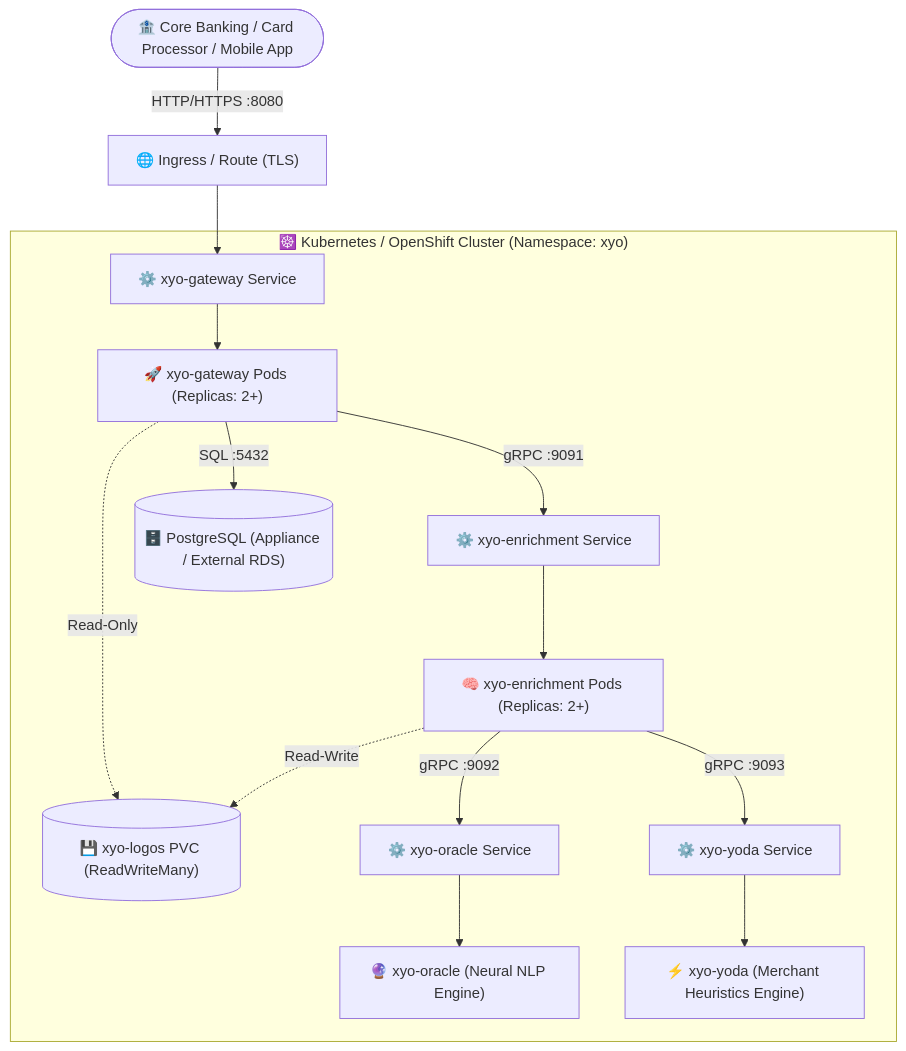
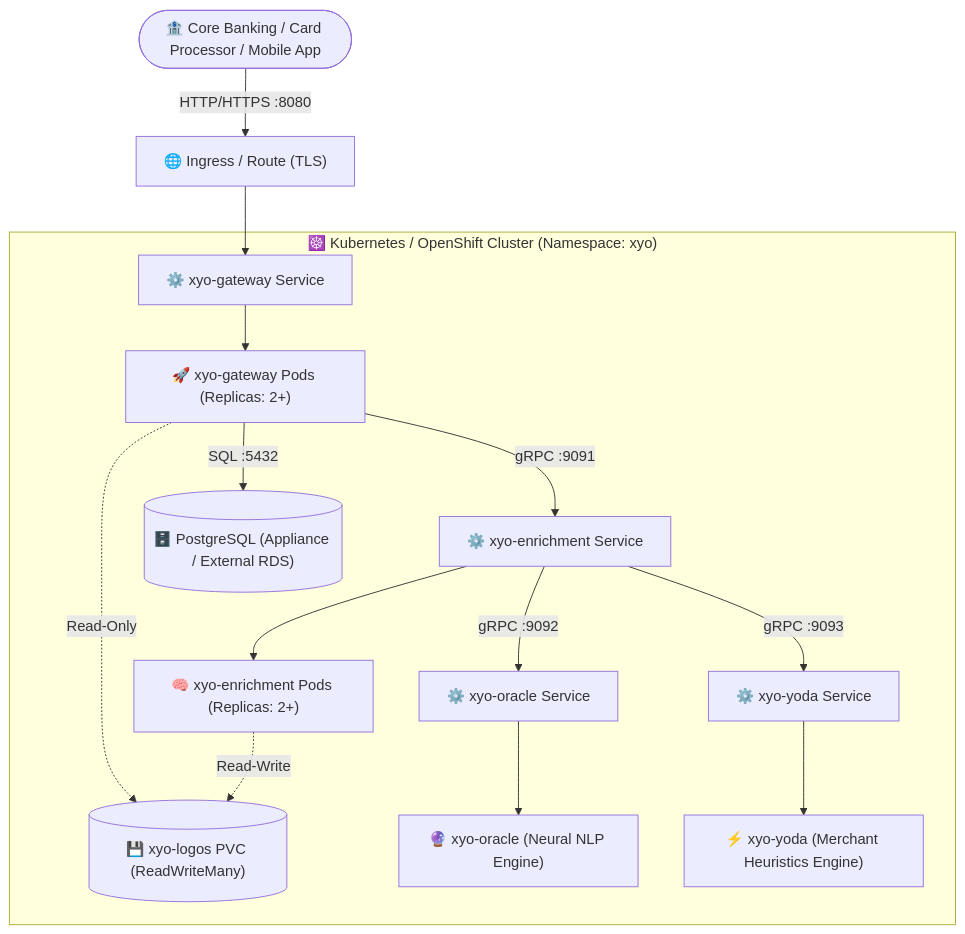
Before and after one commit to xyo-financial/xyo-financial: the diagram in charts/xyo-appliance/README.md, drawn with Mermaid. The commit also changed 3 other files, not shown here.

Commit message:
fix(docs): quote all mermaid link labels across all architecture diagrams (#13)

````diff
--- a/charts/xyo-appliance/README.md
+++ b/charts/xyo-appliance/README.md
@@ -17,22 +17,22 @@
 ```mermaid
 flowchart TD
-    Client(["🏦 Core Banking / Card Processor / Mobile App"]) -->|HTTP/HTTPS :8080| Ingress["🌐 Ingress / Route (TLS)"]
+    Client(["🏦 Core Banking / Card Processor / Mobile App"]) -->|"HTTP/HTTPS :8080"| Ingress["🌐 Ingress / Route (TLS)"]
     Ingress --> SvcGW["⚙️ xyo-gateway Service"]
     
     subgraph K8s ["☸️ Kubernetes / OpenShift Cluster (Namespace: xyo)"]
         SvcGW --> GW["🚀 xyo-gateway Pods (Replicas: 2+)"]
         
-        GW -->|gRPC :9091| SvcEnrich["⚙️ xyo-enrichment Service"]
-        GW -->|SQL :5432| DB[("🗄️ PostgreSQL (Appliance / External RDS)")]
-        GW -.->|Read-Only| PVC[("💾 xyo-logos PVC (ReadWriteMany)")]
+        GW -->|"gRPC :9091"| SvcEnrich["⚙️ xyo-enrichment Service"]
+        GW -->|"SQL :5432"| DB[("🗄️ PostgreSQL (Appliance / External RDS)")]
+        GW -.->|"Read-Only"| PVC[("💾 xyo-logos PVC (ReadWriteMany)")]
         
         SvcEnrich --> Enrich["🧠 xyo-enrichment Pods (Replicas: 2+)"]
-        Enrich -.->|Read-Write| PVC
+        Enrich -.->|"Read-Write"| PVC
         
-        Enrich -->|gRPC :9092| SvcOracle["⚙️ xyo-oracle Service"]
-        Enrich -->|gRPC :9093| SvcYoda["⚙️ xyo-yoda Service"]
+        SvcEnrich -->|"gRPC :9092"| SvcOracle["⚙️ xyo-oracle Service"]
+        SvcEnrich -->|"gRPC :9093"| SvcYoda["⚙️ xyo-yoda Service"]
         
         SvcOracle --> Oracle["🔮 xyo-oracle (Neural NLP Engine)"]
         SvcYoda --> Yoda["⚡ xyo-yoda (Merchant Heuristics Engine)"]
     end
 ```
````
